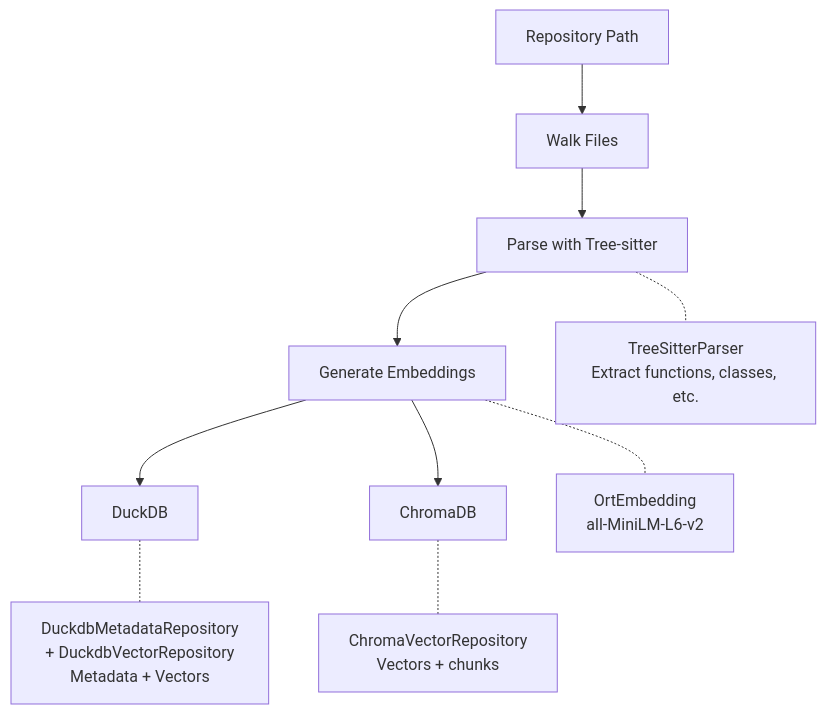
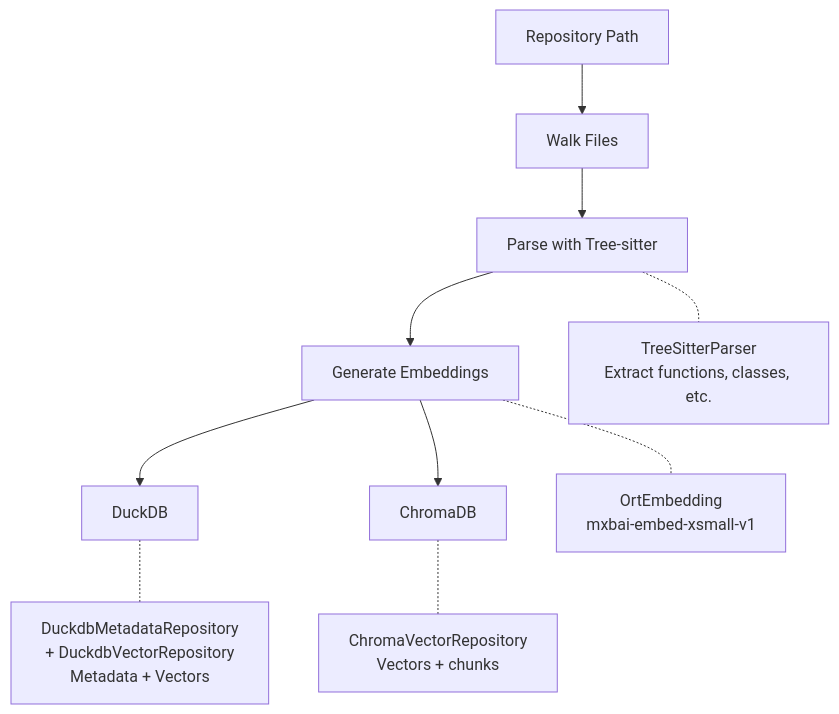
Before and after one commit to ArtemisMucaj/codesearch: the second of 3 diagrams in docs/architecture/overview.md, drawn with Mermaid. The commit also changed 13 other files, not shown here.

````diff
--- a/docs/architecture/overview.md
+++ b/docs/architecture/overview.md
@@ -156,13 +156,13 @@
 ```mermaid
 flowchart TB
     A[Repository Path] --> B[Walk Files]
     B --> C[Parse with Tree-sitter]
     C --> D[Generate Embeddings]
     D --> E[DuckDB]
     D --> F[ChromaDB]
 
     C -.- C1[TreeSitterParser<br/>Extract functions, classes, etc.]
-    D -.- D1[OrtEmbedding<br/>all-MiniLM-L6-v2]
+    D -.- D1[OrtEmbedding<br/>mxbai-embed-xsmall-v1]
     E -.- E1[DuckdbMetadataRepository<br/>+ DuckdbVectorRepository<br/>Metadata + Vectors]
     F -.- F1[ChromaVectorRepository<br/>Vectors + chunks]
 ```
````
